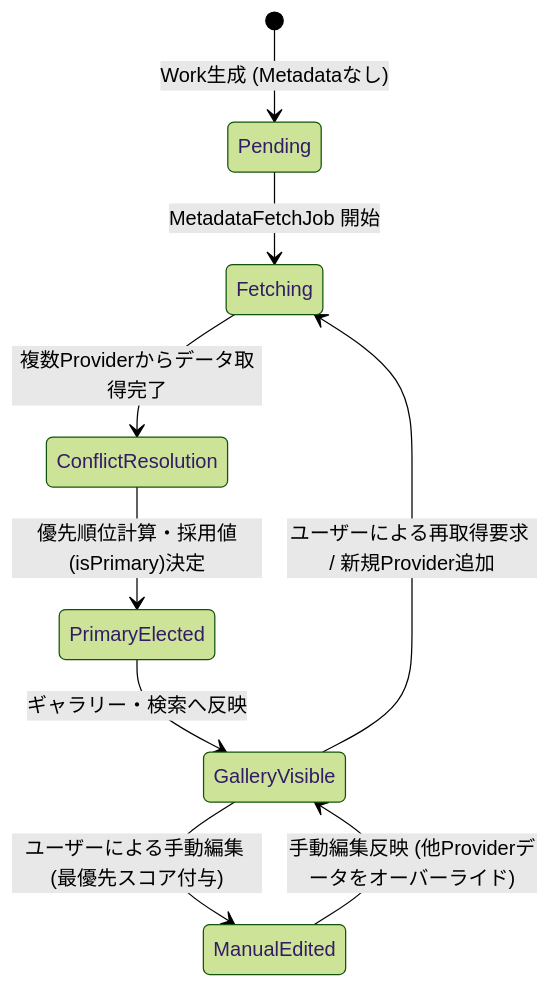
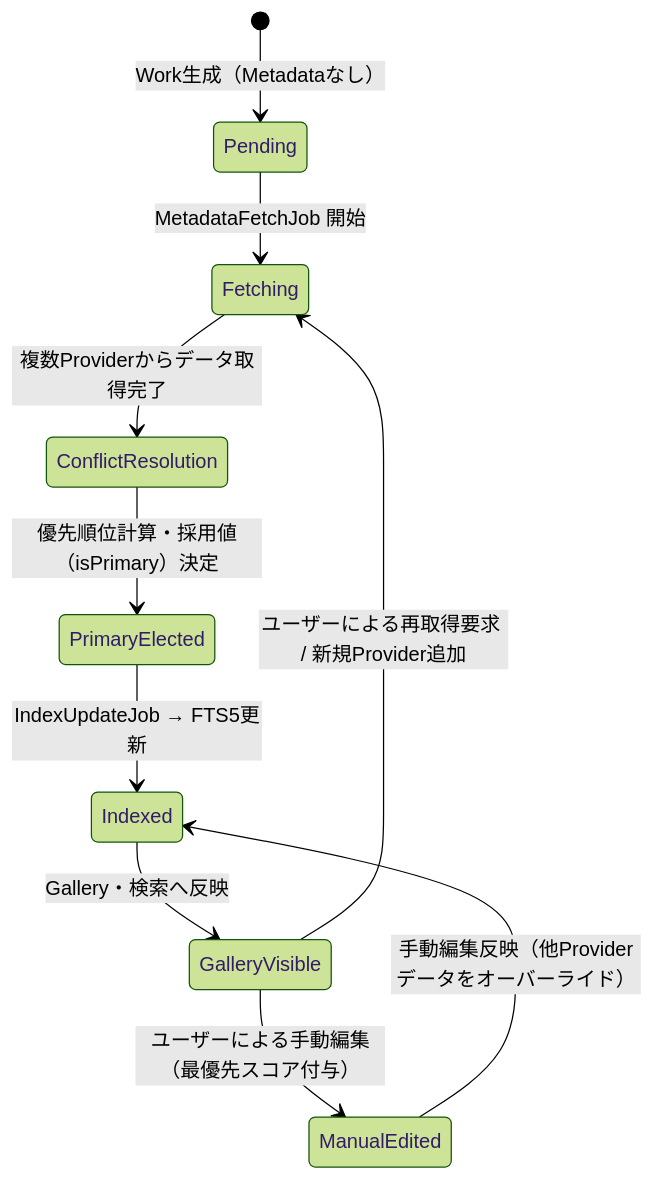
Before and after one commit to nuts-kinoco/WISE: the second of 3 diagrams in Document/Metadata.md, drawn with Mermaid (forest theme). The commit also changed other lines of this file and 6 other files, not shown here.

First line of the commit message:
Docs v2.0: Architecture update for Comic/Doujin Library Extension

````diff
--- a/Document/Metadata.md
+++ b/Document/Metadata.md
@@ -90,15 +212,16 @@
 ```mermaid
 stateDiagram-v2
-    [*] --> Pending : Work生成 (Metadataなし)
-    
+    [*] --> Pending : Work生成（Metadataなし）
+
     Pending --> Fetching : MetadataFetchJob 開始
     Fetching --> ConflictResolution : 複数Providerからデータ取得完了
-    
-    ConflictResolution --> PrimaryElected : 優先順位計算・採用値(isPrimary)決定
-    PrimaryElected --> GalleryVisible : ギャラリー・検索へ反映
-    
+
+    ConflictResolution --> PrimaryElected : 優先順位計算・採用値（isPrimary）決定
+    PrimaryElected --> Indexed : IndexUpdateJob → FTS5更新
+    Indexed --> GalleryVisible : Gallery・検索へ反映
+
     GalleryVisible --> Fetching : ユーザーによる再取得要求 / 新規Provider追加
-    GalleryVisible --> ManualEdited : ユーザーによる手動編集 (最優先スコア付与)
-    
-    ManualEdited --> GalleryVisible : 手動編集反映 (他Providerデータをオーバーライド)
+    GalleryVisible --> ManualEdited : ユーザーによる手動編集（最優先スコア付与）
+
+    ManualEdited --> Indexed : 手動編集反映（他Providerデータをオーバーライド）
 ```
````
